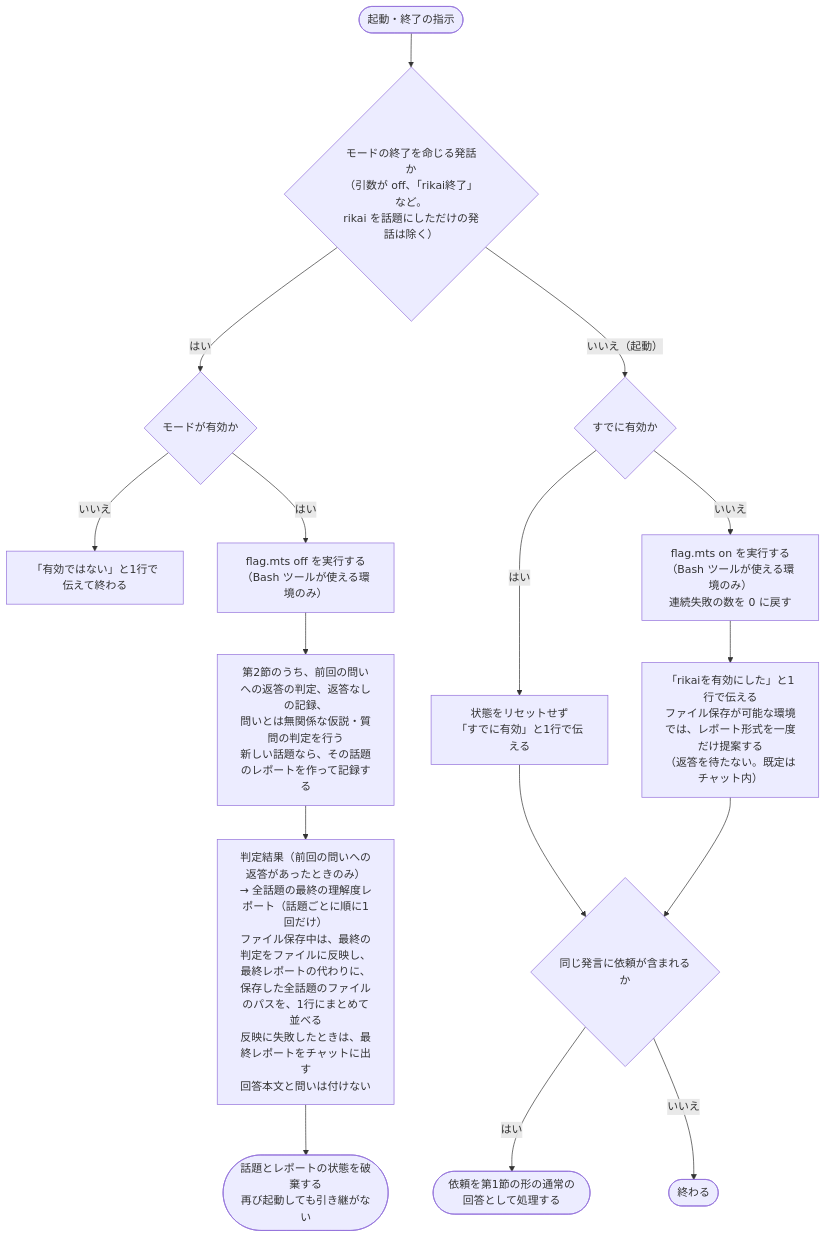
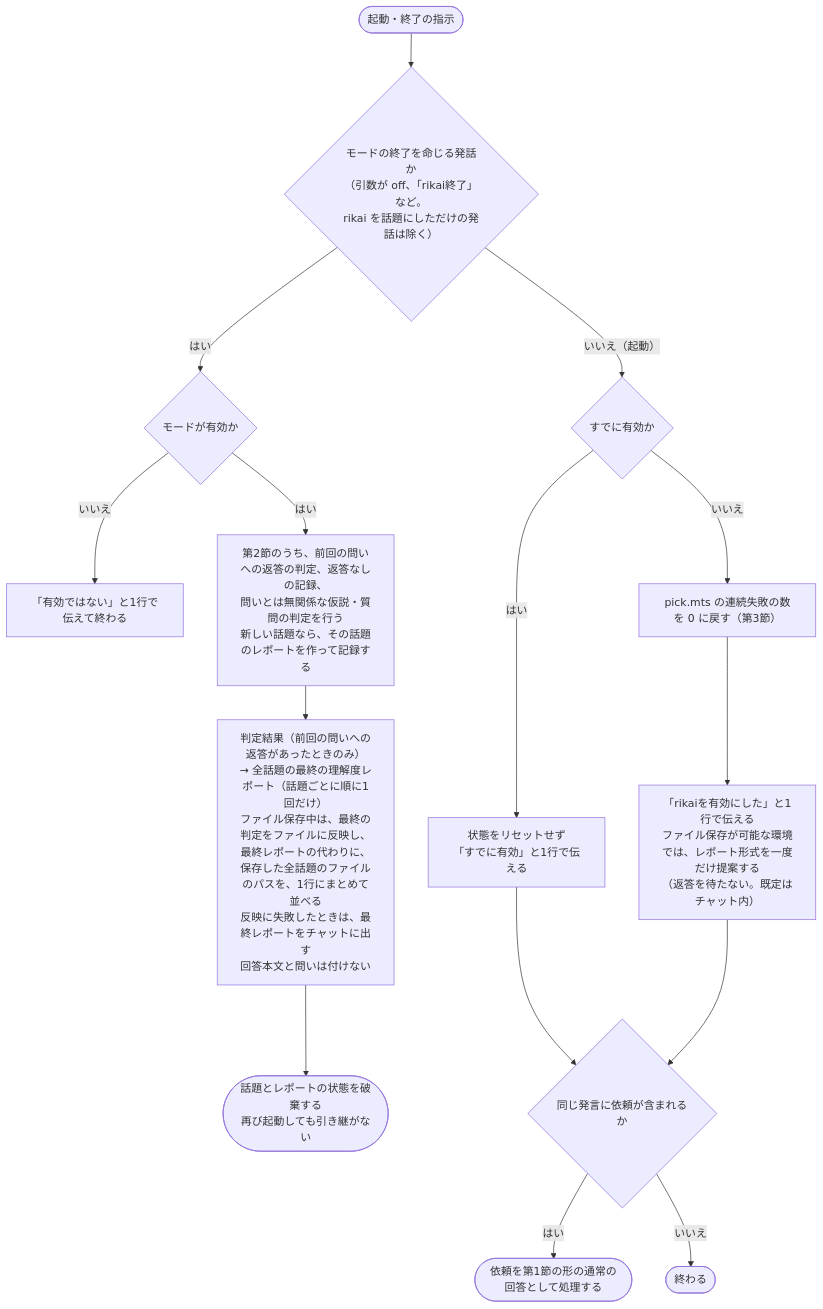
Before and after one commit to kokuto821/rikai: the third of 3 diagrams in skills/rikai/SKILL.md, drawn with Mermaid. The commit also changed other lines of this file and 2 other files, not shown here.

````diff
--- a/skills/rikai/SKILL.md
+++ b/skills/rikai/SKILL.md
@@ -191,19 +191,18 @@
 ```mermaid
 flowchart TD
     Start(["起動・終了の指示"]) --> Kind{"モードの終了を命じる発話か<br/>（引数が off、「rikai終了」など。<br/>rikai を話題にしただけの発話は除く）"}
     Kind -- "はい" --> EndActive{"モードが有効か"}
     EndActive -- "いいえ" --> NotActive["「有効ではない」と1行で伝えて終わる"]
-    EndActive -- "はい" --> FlagOff["flag.mts off を実行する<br/>（Bash ツールが使える環境のみ）"]
-    FlagOff --> EndJudge["第2節のうち、前回の問いへの返答の判定、返答なしの記録、<br/>問いとは無関係な仮説・質問の判定を行う<br/>新しい話題なら、その話題のレポートを作って記録する"]
+    EndActive -- "はい" --> EndJudge["第2節のうち、前回の問いへの返答の判定、返答なしの記録、<br/>問いとは無関係な仮説・質問の判定を行う<br/>新しい話題なら、その話題のレポートを作って記録する"]
     EndJudge --> EndOut["判定結果（前回の問いへの返答があったときのみ）<br/>→ 全話題の最終の理解度レポート（話題ごとに順に1回だけ）<br/>ファイル保存中は、最終の判定をファイルに反映し、<br/>最終レポートの代わりに、保存した全話題のファイルのパスを、1行にまとめて並べる<br/>反映に失敗したときは、最終レポートをチャットに出す<br/>回答本文と問いは付けない"]
     EndOut --> Discard(["話題とレポートの状態を破棄する<br/>再び起動しても引き継がない"])
     Kind -- "いいえ（起動）" --> StartActive{"すでに有効か"}
     StartActive -- "はい" --> AlreadyOn["状態をリセットせず<br/>「すでに有効」と1行で伝える"]
-    StartActive -- "いいえ" --> FlagOn["flag.mts on を実行する（Bash ツールが使える環境のみ）<br/>連続失敗の数を 0 に戻す"]
-    FlagOn --> StartMsg["「rikaiを有効にした」と1行で伝える<br/>ファイル保存が可能な環境では、レポート形式を一度だけ提案する<br/>（返答を待たない。既定はチャット内）"]
+    StartActive -- "いいえ" --> ResetFail["pick.mts の連続失敗の数を 0 に戻す（第3節）"]
+    ResetFail --> StartMsg["「rikaiを有効にした」と1行で伝える<br/>ファイル保存が可能な環境では、レポート形式を一度だけ提案する<br/>（返答を待たない。既定はチャット内）"]
     AlreadyOn --> HasReq
     StartMsg --> HasReq
     HasReq{"同じ発言に依頼が含まれるか"}
     HasReq -- "はい" --> Answer(["依頼を第1節の形の通常の回答として処理する"])
     HasReq -- "いいえ" --> Done(["終わる"])
 ```
````
